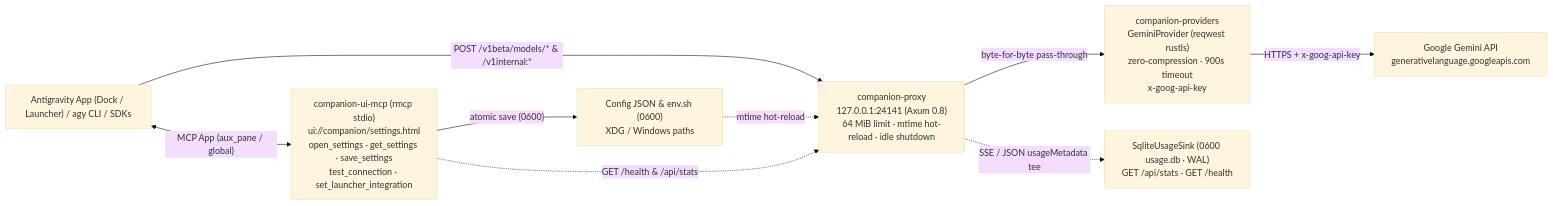
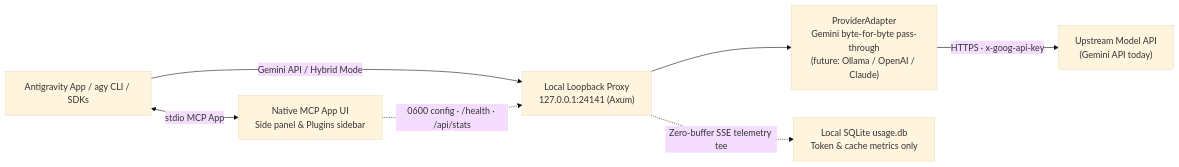
Before and after one commit to Jacksunwei/agy-companion: the diagram in README.md, drawn with Mermaid (base theme). The commit also changed other lines of this file and 6 other files, not shown here.

````diff
--- a/README.md
+++ b/README.md
@@ -10,19 +164,16 @@
 ```mermaid
 flowchart LR
-    Client["Antigravity App (Dock / Launcher) / agy CLI / SDKs"]
-    Proxy["companion-proxy<br/>127.0.0.1:24141 (Axum 0.8)<br/>64 MiB limit · mtime hot-reload · idle shutdown"]
-    Provider["companion-providers<br/>GeminiProvider (reqwest rustls)<br/>zero-compression · 900s timeout<br/>x-goog-api-key"]
-    Gemini["Google Gemini API<br/>generativelanguage.googleapis.com"]
-    Usage["SqliteUsageSink (0600 usage.db · WAL)<br/>GET /api/stats · GET /health"]
-    Mcp["companion-ui-mcp (rmcp stdio)<br/>ui://companion/settings.html<br/>open_settings · get_settings · save_settings<br/>test_connection · set_launcher_integration"]
-    Config["Config JSON & env.sh (0600)<br/>XDG / Windows paths"]
+    Client["Antigravity App / agy CLI / SDKs"]
+    Proxy["Local Loopback Proxy<br/>127.0.0.1:24141 (Axum)"]
+    Adapter["ProviderAdapter<br/>Gemini byte-for-byte pass-through<br/>(future: Ollama / OpenAI / Claude)"]
+    Upstream["Upstream Model API<br/>(Gemini API today)"]
+    Usage["Local SQLite usage.db<br/>Token & cache metrics only"]
+    Mcp["Native MCP App UI<br/>Side panel & Plugins sidebar"]
 
-    Client -->|"POST /v1beta/models/* & /v1internal:*"| Proxy
-    Proxy -->|"byte-for-byte pass-through"| Provider
-    Provider -->|"HTTPS + x-goog-api-key"| Gemini
-    Proxy -.->|"SSE / JSON usageMetadata tee"| Usage
-    Client <-->|"MCP App (aux_pane / global)"| Mcp
-    Mcp -->|"atomic save (0600)"| Config
-    Config -.->|"mtime hot-reload"| Proxy
-    Mcp -.->|"GET /health & /api/stats"| Proxy
+    Client -->|"Gemini API / Hybrid Mode"| Proxy
+    Proxy --> Adapter
+    Adapter -->|"HTTPS · x-goog-api-key"| Upstream
+    Proxy -.->|"Zero-buffer SSE telemetry tee"| Usage
+    Client <-->|"stdio MCP App"| Mcp
+    Mcp -.->|"0600 config · /health · /api/stats"| Proxy
 ```
````
